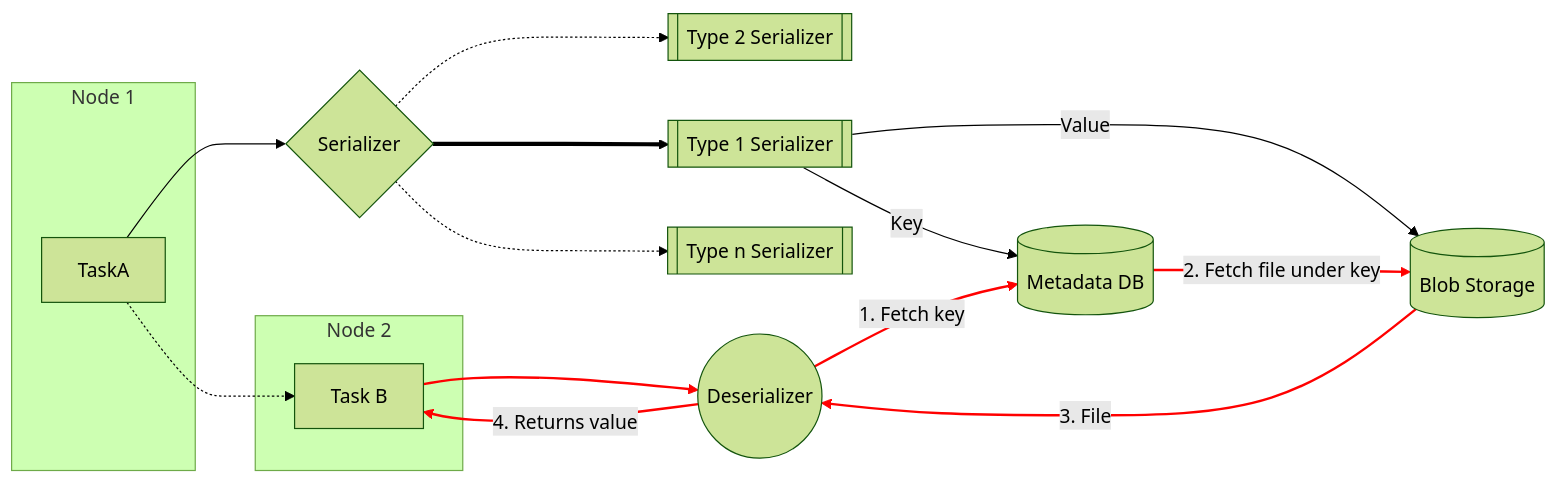
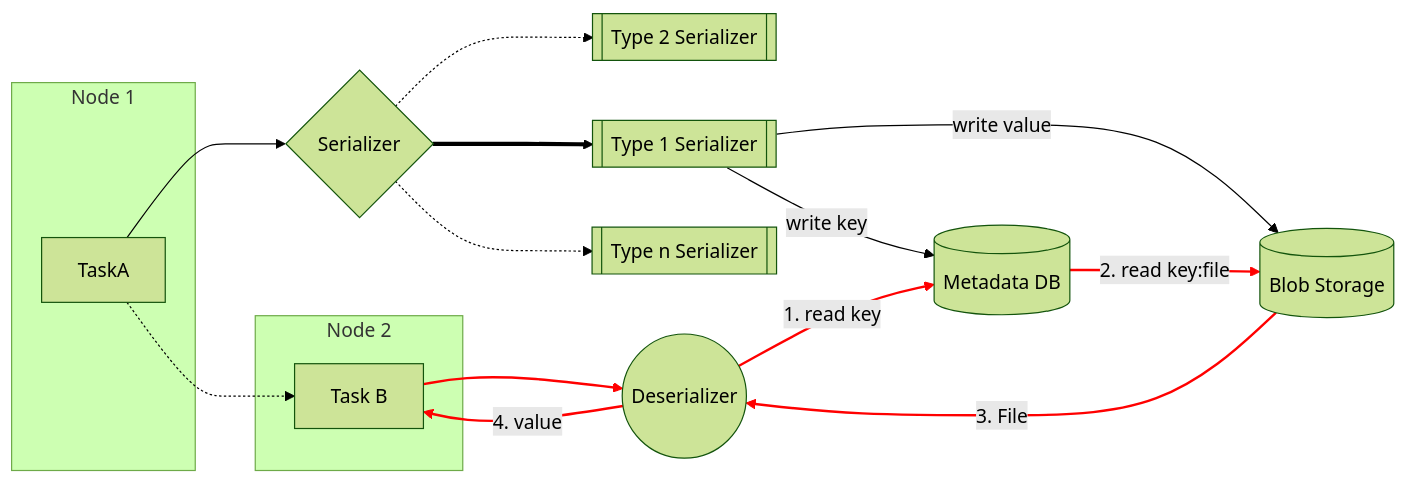
Before and after one commit to VitorRussomanoCGCOMPASS/airflow: the first of 2 diagrams in README.md, drawn with Mermaid (forest theme). The commit also changed other lines of this file, not shown here.

````diff
--- a/README.md
+++ b/README.md
@@ -382,33 +278,33 @@
 ```mermaid
 
 flowchart LR
 
     A -.-> B
 
     subgraph Node 1
         A[TaskA]
     end
     subgraph Node 2
     B[Task B]
     end
     
     A --> Serializer{Serializer} 
     Serializer -.->   id1[[Type 2 Serializer]]
     Serializer ==> id2[[Type 1 Serializer]] 
     Serializer -.->   id3[[Type n Serializer]]
 
-    id2 -->|Value| Blob[(Blob Storage)]
-    id2 -->|Key| db[(Metadata DB)]
+    id2 -->|write value| Blob[(Blob Storage)]
+    id2 -->|write key| db[(Metadata DB)]
 
     B --> Deserializer((Deserializer))
 
-    Deserializer -->|1. Fetch key| db --> |2. Fetch file under key| Blob -->|3. File| Deserializer --> |4. Returns value| B
+    Deserializer -->|1. read key| db --> |2. read key:file | Blob -->|3. File| Deserializer --> |4.  value| B
     linkStyle 7 stroke-width:2px,fill:none,stroke:red;
     linkStyle 8 stroke-width:2px,fill:none,stroke:red;
     linkStyle 9 stroke-width:2px,fill:none,stroke:red;
     linkStyle 10 stroke-width:2px,fill:none,stroke:red;
     linkStyle 11 stroke-width:2px,fill:none,stroke:red;
 
 
 
 ```
````
